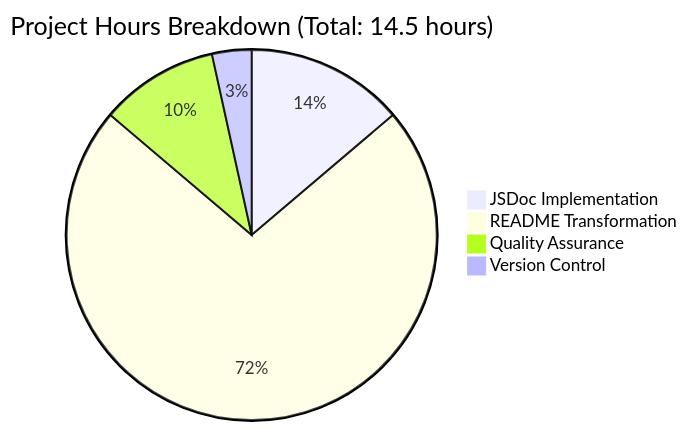
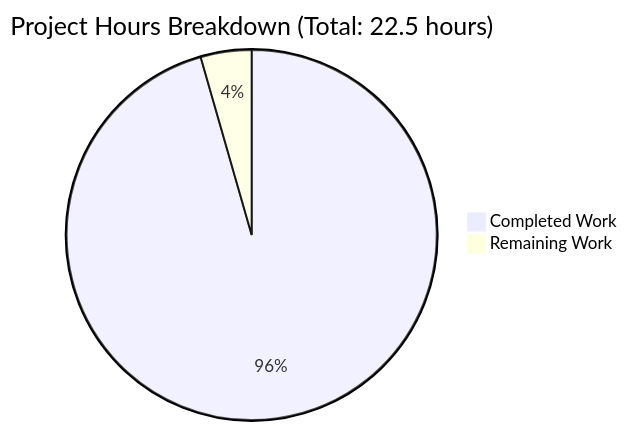
The first of 2 diagrams in blitzy/documentation/Project Guide.md (lakshya-blitzy/meta-app), drawn with Mermaid before and after one commit. The commit also changed other lines of this file, not shown here.

Commit message:
Adding Blitzy Project Guide: Project Status and Human Tasks Remaining

````diff
--- a/blitzy/documentation/Project Guide.md
+++ b/blitzy/documentation/Project Guide.md
@@ -123,7 +39,5 @@
 ```mermaid
-pie title Project Hours Breakdown (Total: 14.5 hours)
-    "JSDoc Implementation" : 2.0
-    "README Transformation" : 10.5
-    "Quality Assurance" : 1.5
-    "Version Control" : 0.5
+pie title Project Hours Breakdown (Total: 22.5 hours)
+    "Completed Work" : 21.5
+    "Remaining Work" : 1.0
 ```
````
